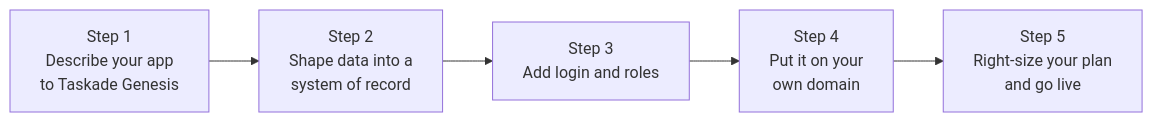
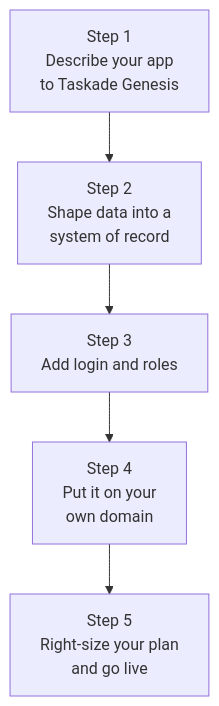
The diagram in genesis-living-system-builder/run-your-business/from-idea-to-live-business.md (taskade/docs), drawn with Mermaid before and after one commit. The commit also changed 113 other files, not shown here.

````diff
--- a/genesis-living-system-builder/run-your-business/from-idea-to-live-business.md
+++ b/genesis-living-system-builder/run-your-business/from-idea-to-live-business.md
@@ -13,7 +13,7 @@
 ```mermaid
-graph LR
+graph TD
   A["Step 1<br/>Describe your app<br/>to Taskade Genesis"] --> B["Step 2<br/>Shape data into a<br/>system of record"]
   B --> C["Step 3<br/>Add login and roles"]
   C --> D["Step 4<br/>Put it on your<br/>own domain"]
   D --> E["Step 5<br/>Right-size your plan<br/>and go live"]
 ```
````
